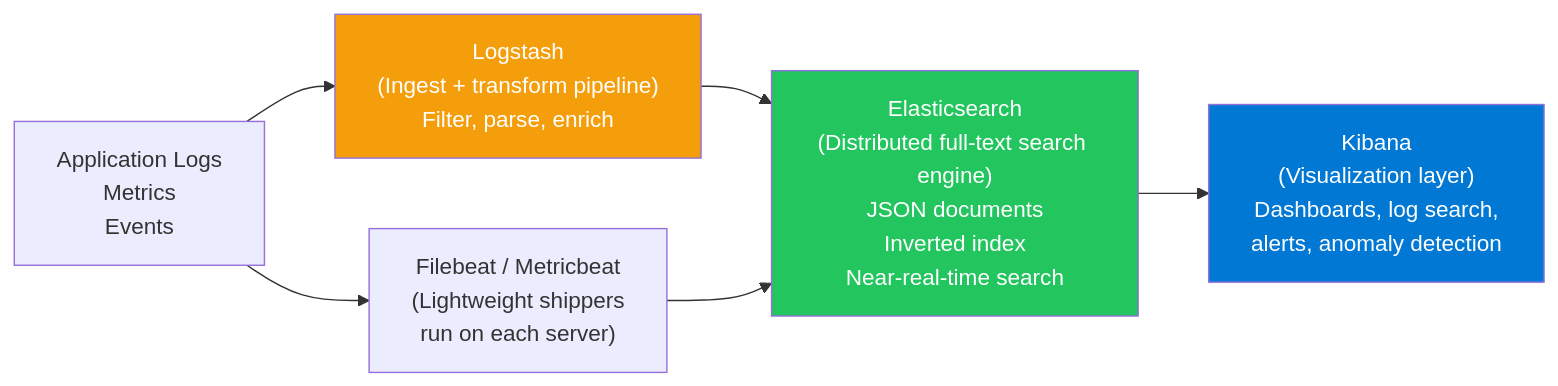
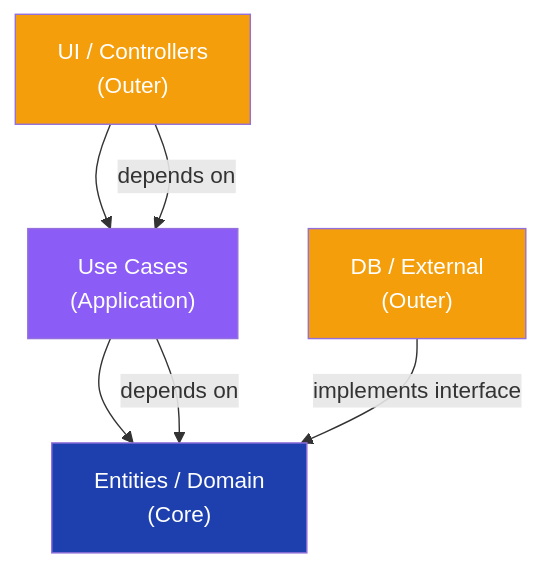
Before and after one commit to rajaghosh/InterviewPrep: the seventh of 34 diagrams in Architechture-Concepts/Description-Questions2-Complete.md, drawn with Mermaid. The commit also changed other lines of this file and 240 other files, not shown here.

````diff
--- a/Architechture-Concepts/Description-Questions2-Complete.md
+++ b/Architechture-Concepts/Description-Questions2-Complete.md
@@ -256,12 +244,15 @@
 ```mermaid
-flowchart LR
-    SOURCES["Application Logs\nMetrics\nEvents"] --> LOGSTASH["Logstash\n(Ingest + transform pipeline)\nFilter, parse, enrich"]
-    SOURCES --> BEATS["Filebeat / Metricbeat\n(Lightweight shippers\nrun on each server)"]
-    LOGSTASH --> ES["Elasticsearch\n(Distributed full-text search engine)\nJSON documents\nInverted index\nNear-real-time search"]
-    BEATS --> ES
-    ES --> KIBANA["Kibana\n(Visualization layer)\nDashboards, log search,\nalerts, anomaly detection"]
+flowchart TD
+    UI["UI / Controllers\n(Outer)"] --> UC["Use Cases\n(Application)"]
+    UC --> Domain["Entities / Domain\n(Core)"]
+    UI -->|"depends on"| UC
+    UC -->|"depends on"| Domain
+    DB["DB / External\n(Outer)"] -->|"implements interface"| Domain
 
-    style LOGSTASH fill:#f59e0b,color:#fff
-    style ES fill:#22c55e,color:#fff
-    style KIBANA fill:#0078D4,color:#fff
+    classDef outer fill:#f59e0b,color:#fff
+    classDef app fill:#8b5cf6,color:#fff
+    classDef core fill:#1e40af,color:#fff
+    class UI,DB outer
+    class UC app
+    class Domain core
 ```
````
